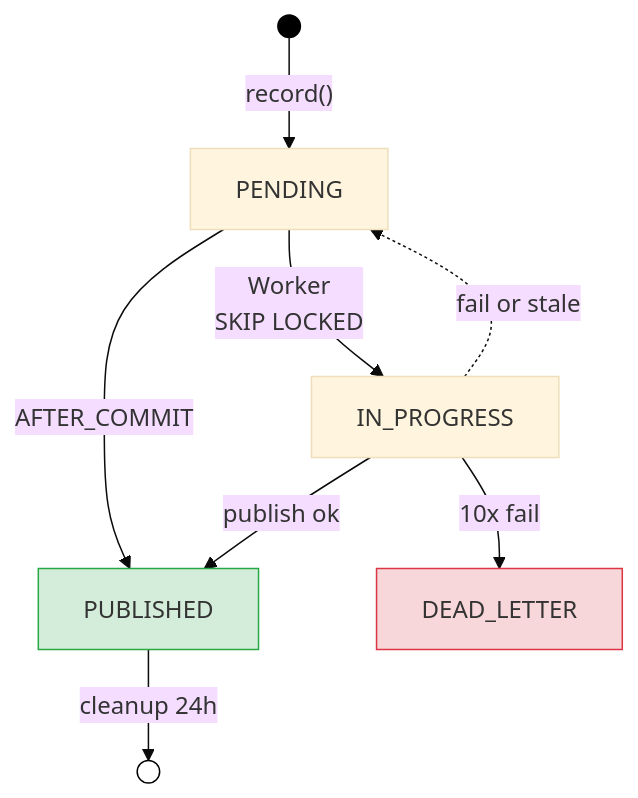
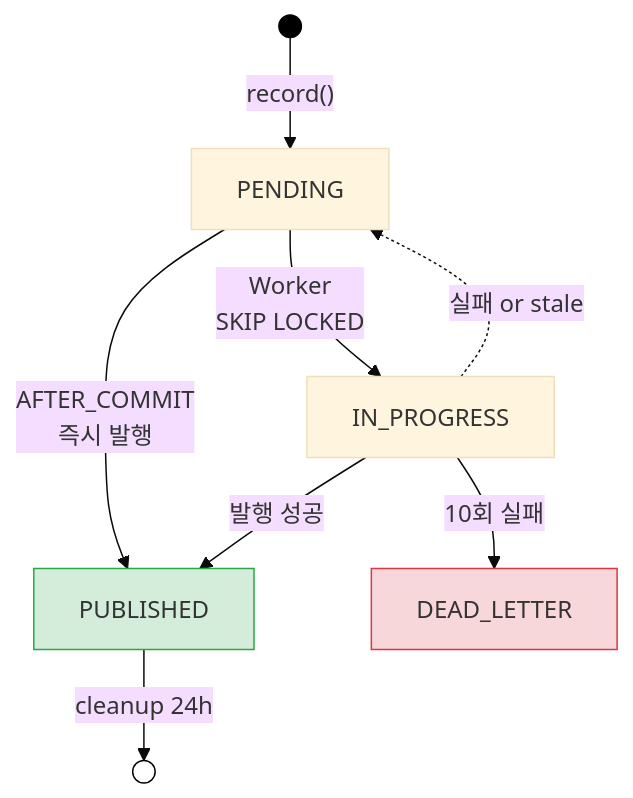
One commit to theminjunchoi/theminjunchoi.github.io changed the first of 5 diagrams in contents/posts/zzol/outbox_pattern.md. Above: the diagram before and after it, drawn with Mermaid (base theme). The commit also changed other lines of this file and 1 other file, not shown here.

````diff
--- a/contents/posts/zzol/outbox_pattern.md
+++ b/contents/posts/zzol/outbox_pattern.md
@@ -112,18 +116,18 @@
 ```mermaid
 flowchart TD
     S(( )) -->|"record()"| P[PENDING]
 
-    P -->|"AFTER_COMMIT"| PUB[PUBLISHED]
+    P -->|"AFTER_COMMIT<br/>즉시 발행"| PUB[PUBLISHED]
     P -->|"Worker<br/>SKIP LOCKED"| IP[IN_PROGRESS]
 
-    IP -->|"publish ok"| PUB
-    IP -.->|"fail or stale"| P
-    IP -->|"10x fail"| DL[DEAD_LETTER]
+    IP -->|"발행 성공"| PUB
+    IP -.->|"실패 or stale"| P
+    IP -->|"10회 실패"| DL[DEAD_LETTER]
 
     PUB -->|"cleanup 24h"| E(( ))
 
     style S fill:#000,stroke:#000
     style E fill:#fff,stroke:#000
     style PUB fill:#d4edda,stroke:#28a745
     style DL fill:#f8d7da,stroke:#dc3545
 ```
````
